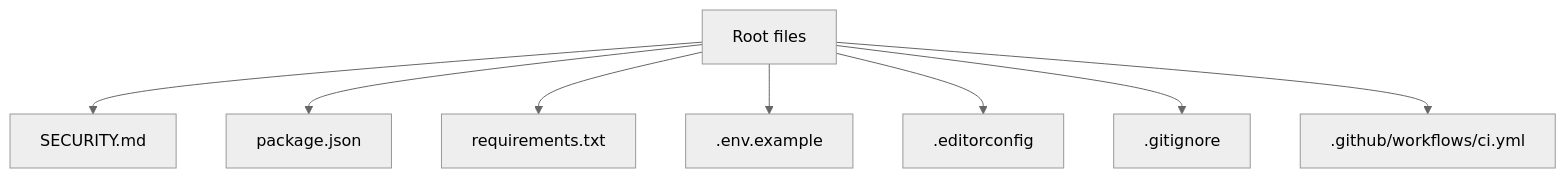
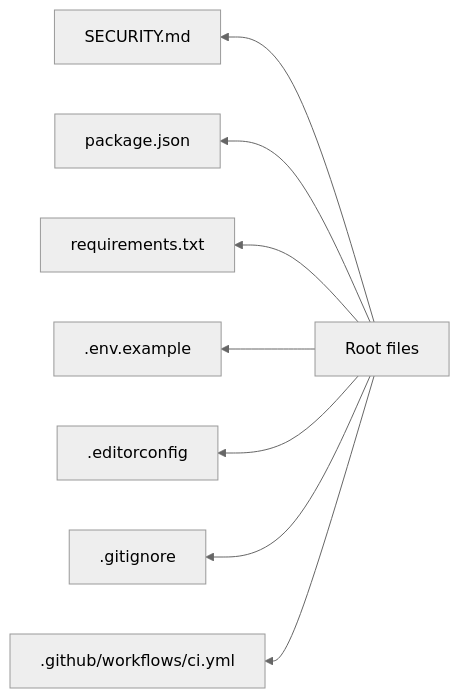
The fourth of 9 diagrams in README.md (Pr3eve6ti2o/bawa), drawn with Mermaid (neutral theme) before and after one commit. The commit also changed other lines of this file, not shown here.

First line of the commit message:
Fit README diagrams for mobile and desktop; fix diagram content

````diff
--- a/README.md
+++ b/README.md
@@ -147,14 +156,14 @@
 ```mermaid
-flowchart TB
+flowchart RL
   accTitle: Bawa Root files at commit 667527e, part 2 of 2
-  accDescr: These seven files are the remaining direct children of Root files in the overview, continuing part 1.
+  accDescr: Six of these seven files continue part 1 as the remaining direct children of Root files in the overview. The seventh file, ci.yml, lives under .github/ and is shown there in the overview.
 
   root["Root files"]
   root --> r8["SECURITY.md"]
   root --> r9["package.json"]
   root --> r10["requirements.txt"]
   root --> r11[".env.example"]
   root --> r12[".editorconfig"]
   root --> r13[".gitignore"]
   root --> r14[".github/workflows/ci.yml"]
 ```
````
